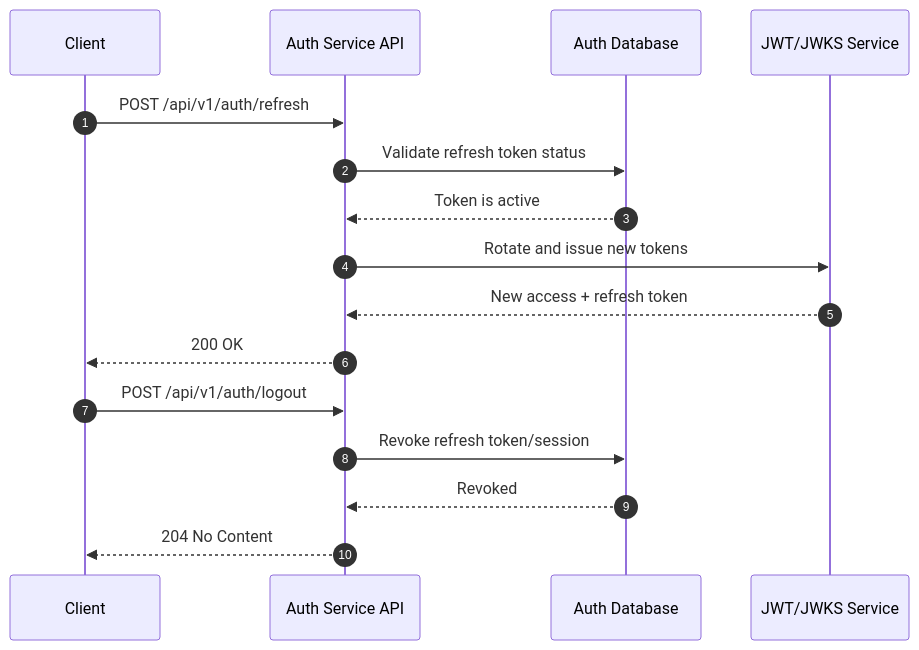
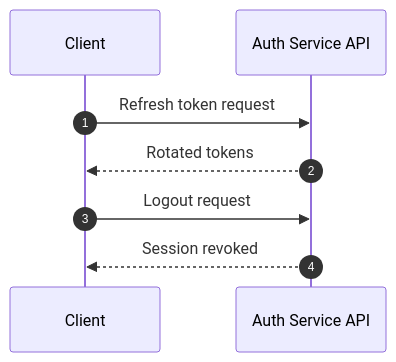
One commit to haudtech/vehicle-service-booking changed the fourth of 5 diagrams in docs/ARCHITECTURE/AUTH_SEQUENTIAL_FLOW_VIEW.md. Above: the diagram before and after it, drawn with Mermaid. The commit also changed other lines of this file and 18 other files, not shown here.

````diff
--- a/docs/ARCHITECTURE/AUTH_SEQUENTIAL_FLOW_VIEW.md
+++ b/docs/ARCHITECTURE/AUTH_SEQUENTIAL_FLOW_VIEW.md
@@ -129,20 +89,12 @@
 ```mermaid
 sequenceDiagram
     autonumber
     participant Client
     participant AuthAPI as Auth Service API
-    participant AuthDB as Auth Database
-    participant Token as JWT/JWKS Service
 
-    Client->>AuthAPI: POST /api/v1/auth/refresh
-    AuthAPI->>AuthDB: Validate refresh token status
-    AuthDB-->>AuthAPI: Token is active
-    AuthAPI->>Token: Rotate and issue new tokens
-    Token-->>AuthAPI: New access + refresh token
-    AuthAPI-->>Client: 200 OK
+    Client->>AuthAPI: Refresh token request
+    AuthAPI-->>Client: Rotated tokens
 
-    Client->>AuthAPI: POST /api/v1/auth/logout
-    AuthAPI->>AuthDB: Revoke refresh token/session
-    AuthDB-->>AuthAPI: Revoked
-    AuthAPI-->>Client: 204 No Content
+    Client->>AuthAPI: Logout request
+    AuthAPI-->>Client: Session revoked
 ```
````
